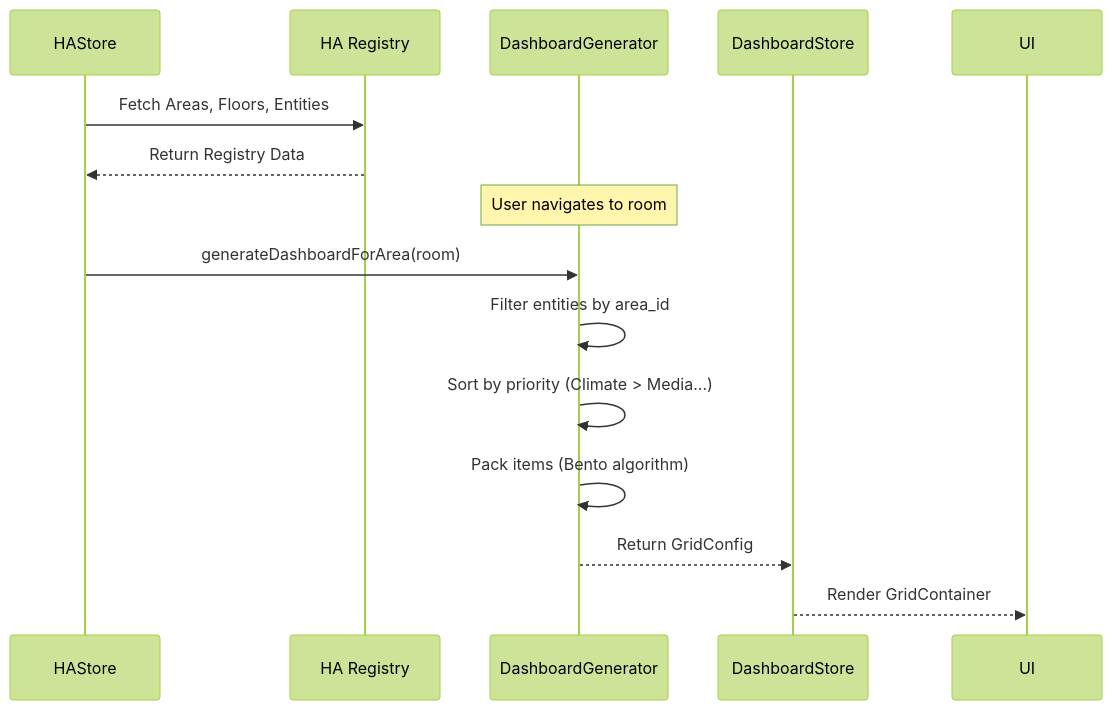
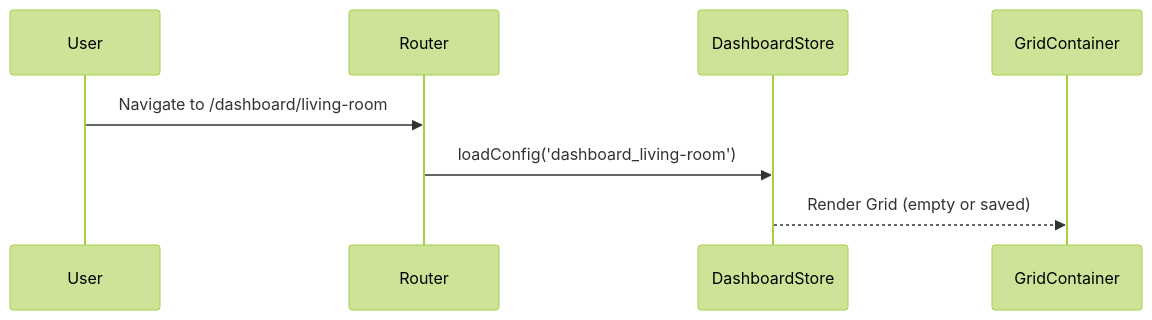
The third of 3 diagrams in architecture.md (mdegrootnl/svelte5-ha-dashboard-md3), drawn with Mermaid (forest theme) before and after one commit. The commit also changed other lines of this file and 38 other files, not shown here.

Commit message:
feat: introduce comprehensive dashboard system with grid layout, configurable cards, and associated stores and routes.

````diff
--- a/architecture.md
+++ b/architecture.md
@@ -344,19 +326,11 @@
 ```mermaid
 sequenceDiagram
-    participant HAStore
-    participant Registry as HA Registry
-    participant Generator as DashboardGenerator
+    participant User
+    participant Router
     participant Store as DashboardStore
+    participant UI as GridContainer
 
-    HAStore->>Registry: Fetch Areas, Floors, Entities
-    Registry-->>HAStore: Return Registry Data
-    
-    Note over Generator: User navigates to room
-    
-    HAStore->>Generator: generateDashboardForArea(room)
-    Generator->>Generator: Filter entities by area_id
-    Generator->>Generator: Sort by priority (Climate > Media...)
-    Generator->>Generator: Pack items (Bento algorithm)
-    Generator-->>Store: Return GridConfig
-    Store-->>UI: Render GridContainer
+    User->>Router: Navigate to /dashboard/living-room
+    Router->>Store: loadConfig('dashboard_living-room')
+    Store-->>UI: Render Grid (empty or saved)
 ```
````
